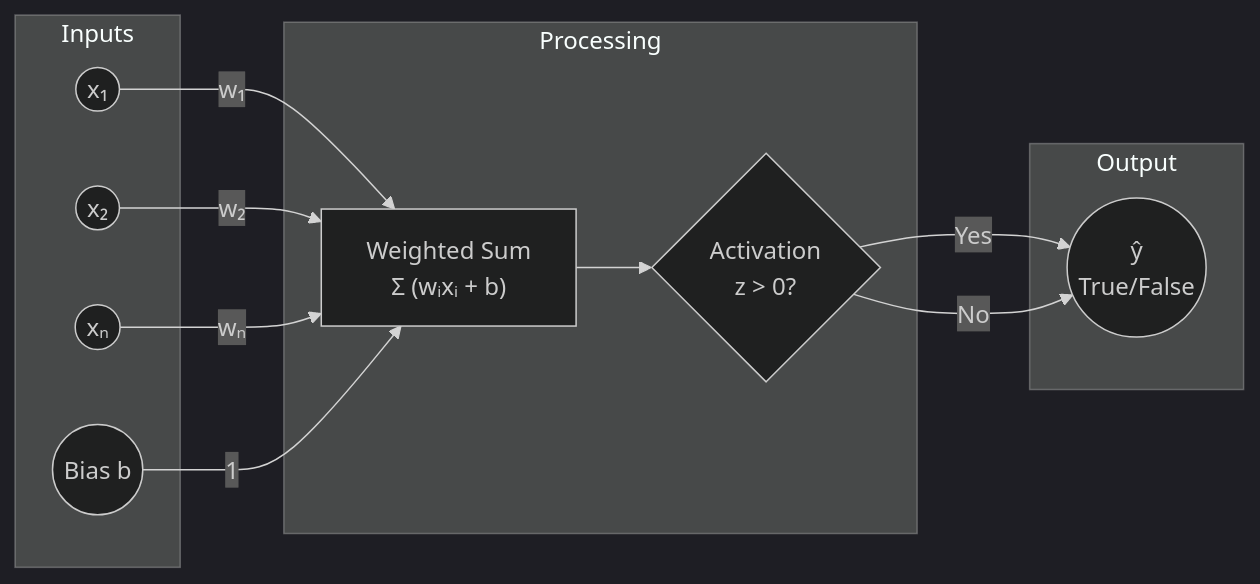
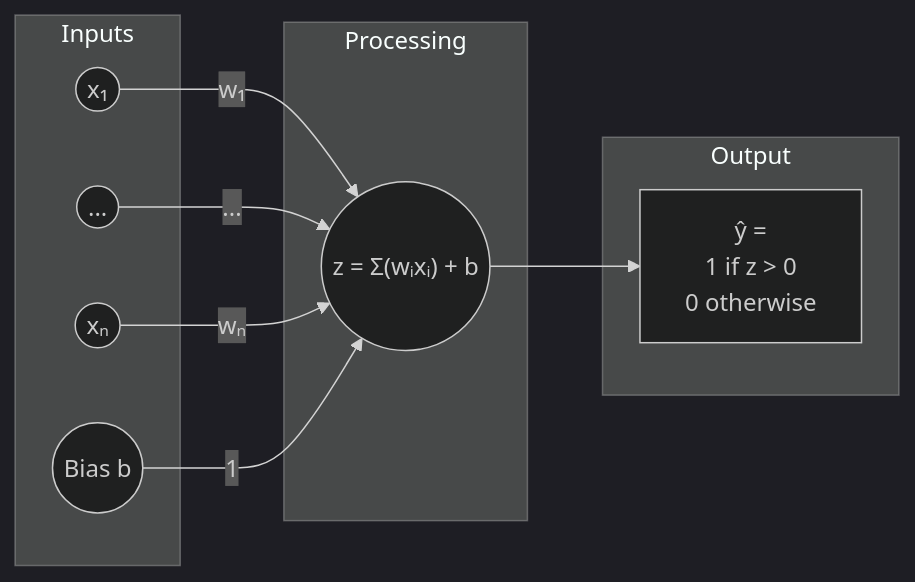
One commit to Ben-coder1/CMOR-438 changed the diagram in notebooks_and_data/perceptron/readme.md. Above: the diagram before and after it, drawn with Mermaid (dark theme). The commit also changed other lines of this file, not shown here.

Commit message:
fixed diagram

````diff
--- a/notebooks_and_data/perceptron/readme.md
+++ b/notebooks_and_data/perceptron/readme.md
@@ -39,26 +39,23 @@
 ```mermaid
 flowchart LR
     subgraph Inputs
         x1(("x₁"))
-        x2(("x₂"))
+        dots(("..."))
         xn(("xₙ"))
         b(("Bias b"))
     end
 
     subgraph Processing
-        sum["Weighted Sum<br/>Σ (wᵢxᵢ + b)"]
-        act{"Activation<br/>z > 0?"}
+        sum(("z = Σ(wᵢxᵢ) + b"))
     end
 
     subgraph Output
-        y(("ŷ<br/>True/False"))
+        y["ŷ = <br/>1 if z > 0<br/>0 otherwise"]
     end
 
     x1 -- "w₁" --> sum
-    x2 -- "w₂" --> sum
+    dots -- "..." --> sum
     xn -- "wₙ" --> sum
     b -- "1" --> sum
-    sum --> act
-    act -- "Yes" --> y
-    act -- "No" --> y
+    sum --> y
 ```
````
